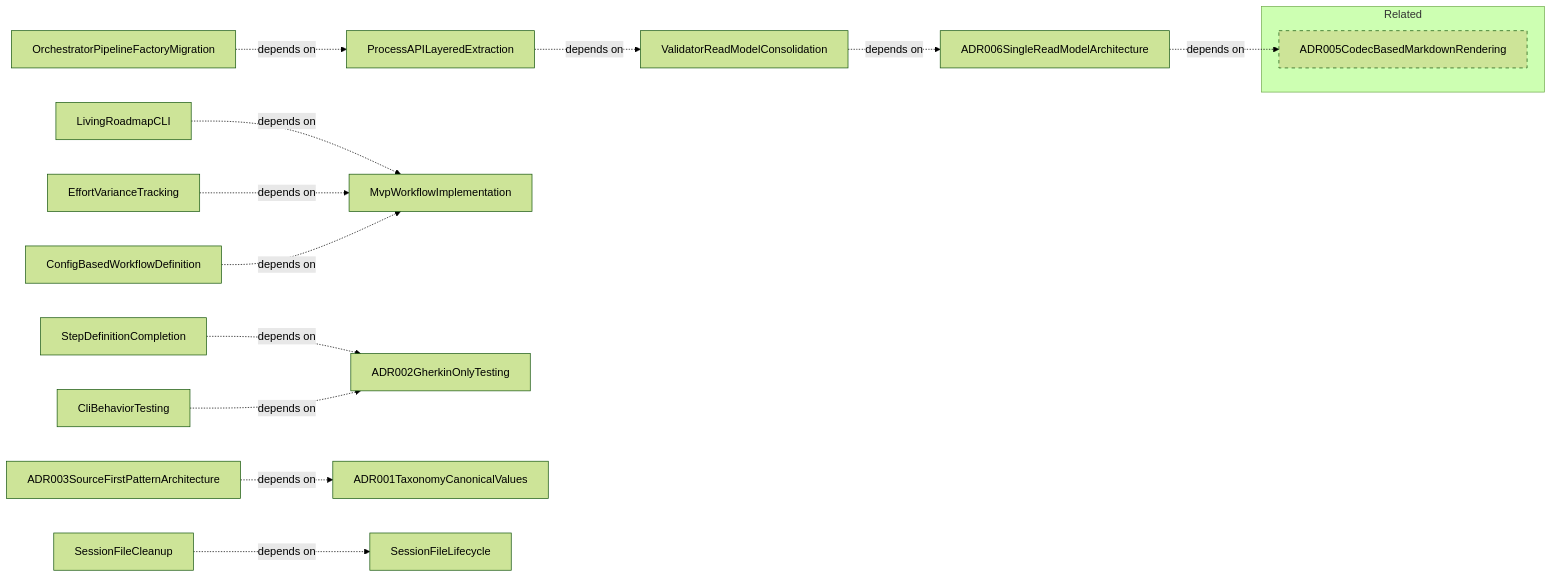
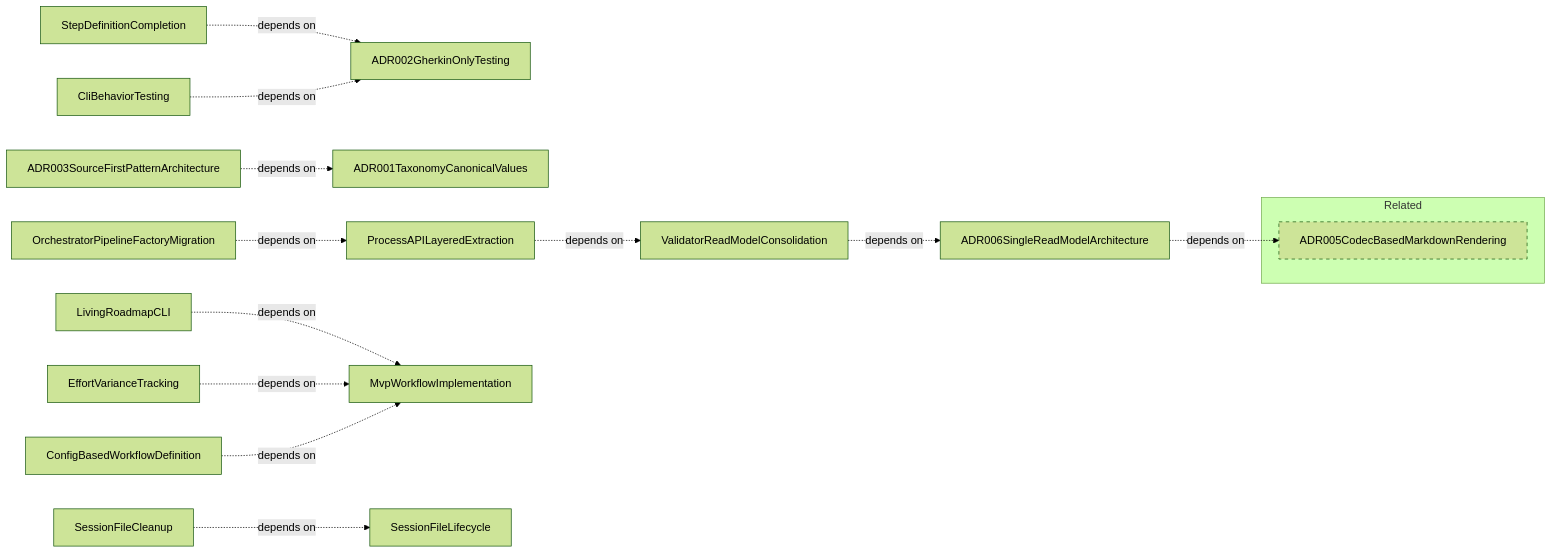
The second of 2 diagrams in docs-live/product-areas/PROCESS.md (libar-dev/architect), drawn with Mermaid (forest theme) before and after one commit. The commit also changed other lines of this file and 124 other files, not shown here.

````diff
--- a/docs-live/product-areas/PROCESS.md
+++ b/docs-live/product-areas/PROCESS.md
@@ -173,33 +191,33 @@
 ```mermaid
 graph LR
+    ADR006SingleReadModelArchitecture["ADR006SingleReadModelArchitecture"]
+    ADR003SourceFirstPatternArchitecture["ADR003SourceFirstPatternArchitecture"]
+    ADR002GherkinOnlyTesting["ADR002GherkinOnlyTesting"]
+    ADR001TaxonomyCanonicalValues["ADR001TaxonomyCanonicalValues"]
     ValidatorReadModelConsolidation["ValidatorReadModelConsolidation"]
     StepDefinitionCompletion["StepDefinitionCompletion"]
     SessionFileCleanup["SessionFileCleanup"]
     ProcessAPILayeredExtraction["ProcessAPILayeredExtraction"]
     OrchestratorPipelineFactoryMigration["OrchestratorPipelineFactoryMigration"]
     MvpWorkflowImplementation["MvpWorkflowImplementation"]
     LivingRoadmapCLI["LivingRoadmapCLI"]
     EffortVarianceTracking["EffortVarianceTracking"]
     ConfigBasedWorkflowDefinition["ConfigBasedWorkflowDefinition"]
     CliBehaviorTesting["CliBehaviorTesting"]
-    ADR006SingleReadModelArchitecture["ADR006SingleReadModelArchitecture"]
-    ADR003SourceFirstPatternArchitecture["ADR003SourceFirstPatternArchitecture"]
-    ADR002GherkinOnlyTesting["ADR002GherkinOnlyTesting"]
-    ADR001TaxonomyCanonicalValues["ADR001TaxonomyCanonicalValues"]
     SessionFileLifecycle["SessionFileLifecycle"]
     subgraph related["Related"]
         ADR005CodecBasedMarkdownRendering["ADR005CodecBasedMarkdownRendering"]:::neighbor
     end
+    ADR006SingleReadModelArchitecture -.->|depends on| ADR005CodecBasedMarkdownRendering
+    ADR003SourceFirstPatternArchitecture -.->|depends on| ADR001TaxonomyCanonicalValues
     ValidatorReadModelConsolidation -.->|depends on| ADR006SingleReadModelArchitecture
     StepDefinitionCompletion -.->|depends on| ADR002GherkinOnlyTesting
     SessionFileCleanup -.->|depends on| SessionFileLifecycle
     ProcessAPILayeredExtraction -.->|depends on| ValidatorReadModelConsolidation
     OrchestratorPipelineFactoryMigration -.->|depends on| ProcessAPILayeredExtraction
     LivingRoadmapCLI -.->|depends on| MvpWorkflowImplementation
     EffortVarianceTracking -.->|depends on| MvpWorkflowImplementation
     ConfigBasedWorkflowDefinition -.->|depends on| MvpWorkflowImplementation
     CliBehaviorTesting -.->|depends on| ADR002GherkinOnlyTesting
-    ADR006SingleReadModelArchitecture -.->|depends on| ADR005CodecBasedMarkdownRendering
-    ADR003SourceFirstPatternArchitecture -.->|depends on| ADR001TaxonomyCanonicalValues
     classDef neighbor stroke-dasharray: 5 5
 ```
````
